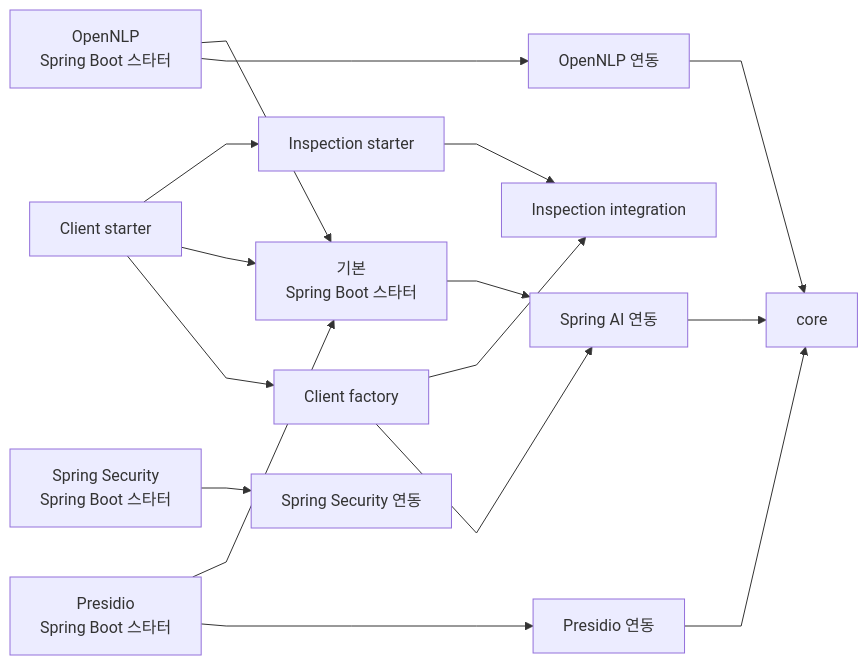
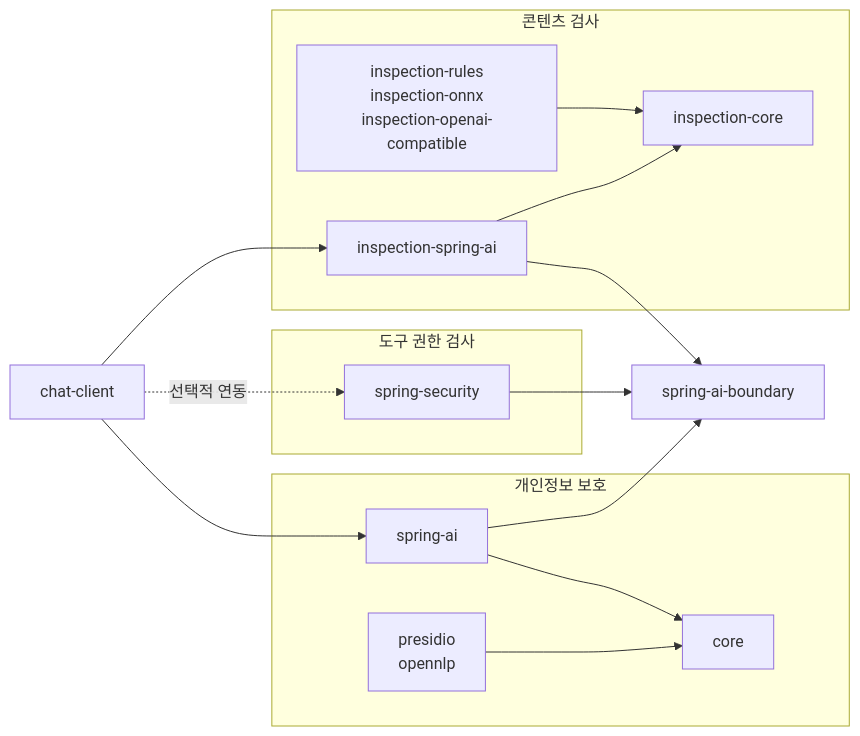
Before and after one commit to ultramancode/spring-ai-privacy-guardrails: the third of 5 diagrams in docs/ko/architecture.md, drawn with Mermaid. The commit also changed other lines of this file and 51 other files, not shown here.

````diff
--- a/docs/ko/architecture.md
+++ b/docs/ko/architecture.md
@@ -52,24 +69,25 @@
 ```mermaid
-%%{init: {"flowchart": {"curve": "linear"}}}%%
 flowchart LR
-    CORE["core"]
-    CLIENT["Client factory"] --> SAI
-    CLIENT --> INSPECT["Inspection integration"]
-    CLIENTBOOT["Client starter"] --> CLIENT
-    CLIENTBOOT --> BASE
-    CLIENTBOOT --> INSPECTBOOT["Inspection starter"]
-    INSPECTBOOT --> INSPECT
+    CLIENT["chat-client"]
 
-    PRES["Presidio 연동"] --> CORE
-    SAI["Spring AI 연동"] --> CORE
-    OPEN["OpenNLP 연동"] --> CORE
-    SEC["Spring Security 연동"]
+    subgraph PRIVACY["개인정보 보호"]
+        SAI["spring-ai"] --> CORE["core"]
+        ANALYZERS["presidio<br/>opennlp"] --> CORE
+    end
 
-    PRESBOOT["Presidio<br/>Spring Boot 스타터"] --> PRES
-    BASE["기본<br/>Spring Boot 스타터"] --> SAI
-    OPENBOOT["OpenNLP<br/>Spring Boot 스타터"] --> OPEN
-    SECBOOT["Spring Security<br/>Spring Boot 스타터"] --> SEC
+    subgraph SECURITY["도구 권한 검사"]
+        SEC["spring-security"]
+    end
 
-    PRESBOOT --> BASE
-    OPENBOOT --> BASE
+    subgraph INSPECTION["콘텐츠 검사"]
+        BACKENDS["inspection-rules<br/>inspection-onnx<br/>inspection-openai-compatible"] --> ICORE["inspection-core"]
+        ISA["inspection-spring-ai"] --> ICORE
+    end
+
+    CLIENT --> ISA
+    CLIENT --> SAI
+    CLIENT -. "선택적 연동" .-> SEC
+    SAI --> BOUNDARY["spring-ai-boundary"]
+    SEC --> BOUNDARY
+    ISA --> BOUNDARY
 ```
````
